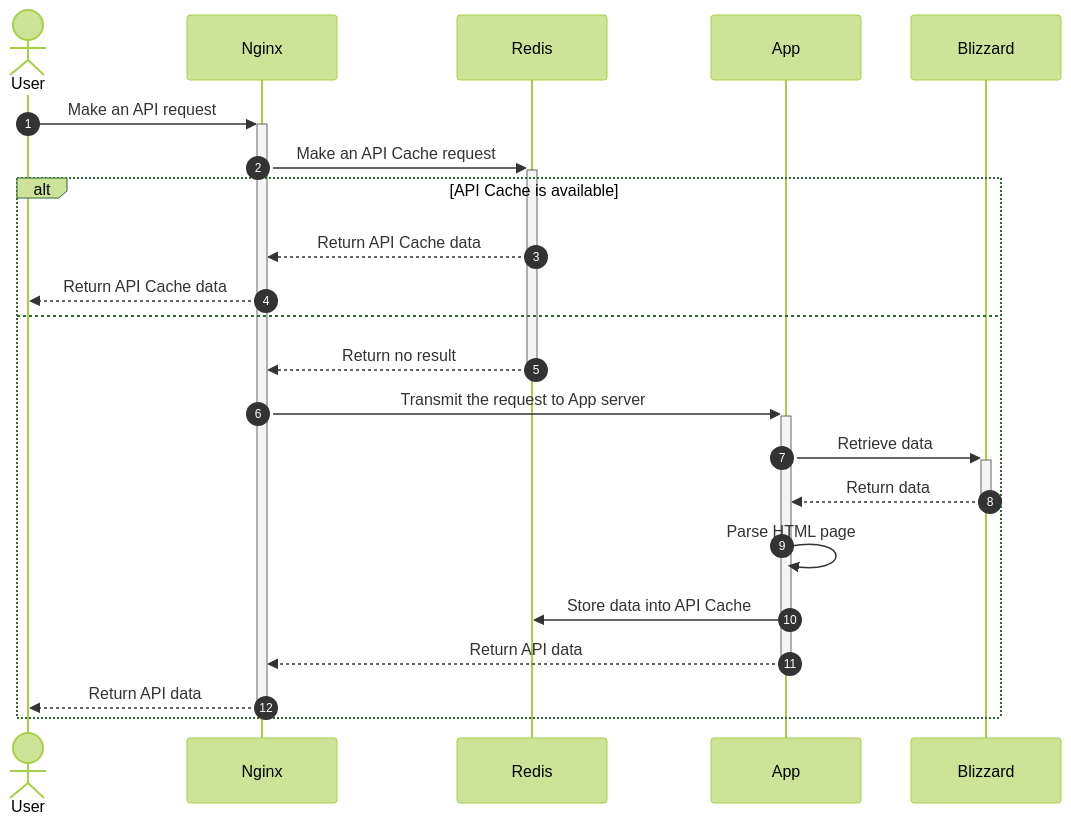
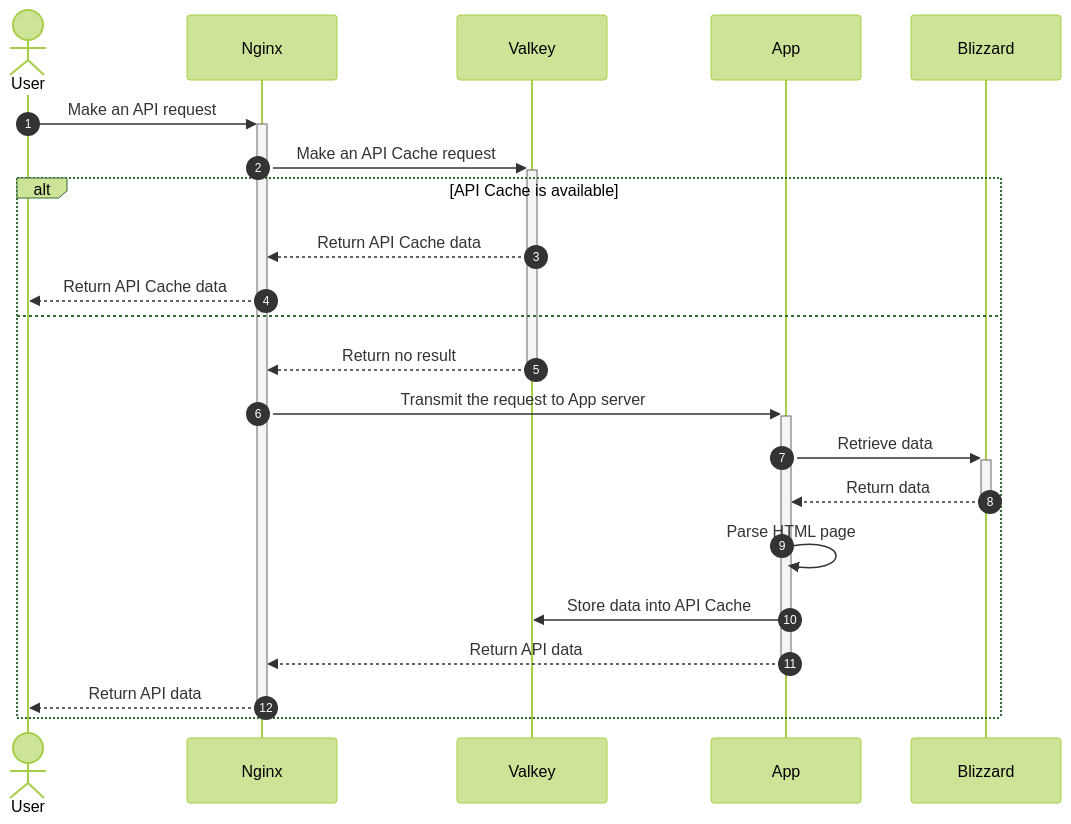
Before and after one commit to TeKrop/overfast-api: the first of 2 diagrams in README.md, drawn with Mermaid (forest theme). The commit also changed other lines of this file and 26 other files, not shown here.

Commit message:
feat: migrated from Redis to Valkey

````diff
--- a/README.md
+++ b/README.md
@@ -123,24 +123,24 @@
 ```mermaid
 sequenceDiagram
     autonumber
     actor User
     participant Nginx
-    participant Redis
+    participant Valkey
     participant App
     participant Blizzard
     User->>+Nginx: Make an API request
-    Nginx->>+Redis: Make an API Cache request
+    Nginx->>+Valkey: Make an API Cache request
     alt API Cache is available
-        Redis-->>Nginx: Return API Cache data
+        Valkey-->>Nginx: Return API Cache data
         Nginx-->>User: Return API Cache data
     else
-        Redis-->>-Nginx: Return no result
+        Valkey-->>-Nginx: Return no result
         Nginx->>+App: Transmit the request to App server
         App->>+Blizzard: Retrieve data
         Blizzard-->>-App: Return data
         App->>App: Parse HTML page
-        App->>Redis: Store data into API Cache
+        App->>Valkey: Store data into API Cache
         App-->>-Nginx: Return API data
         Nginx-->>-User: Return API data
     end
 ```
````
